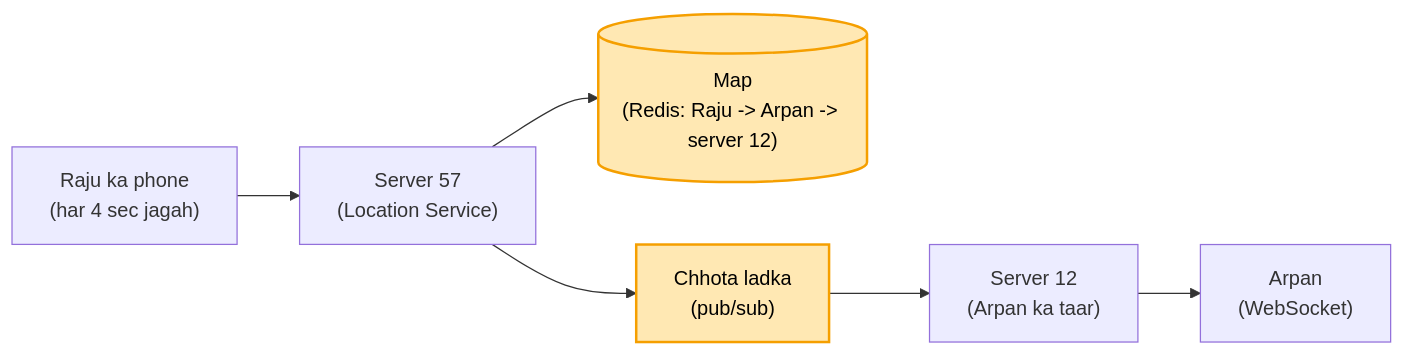
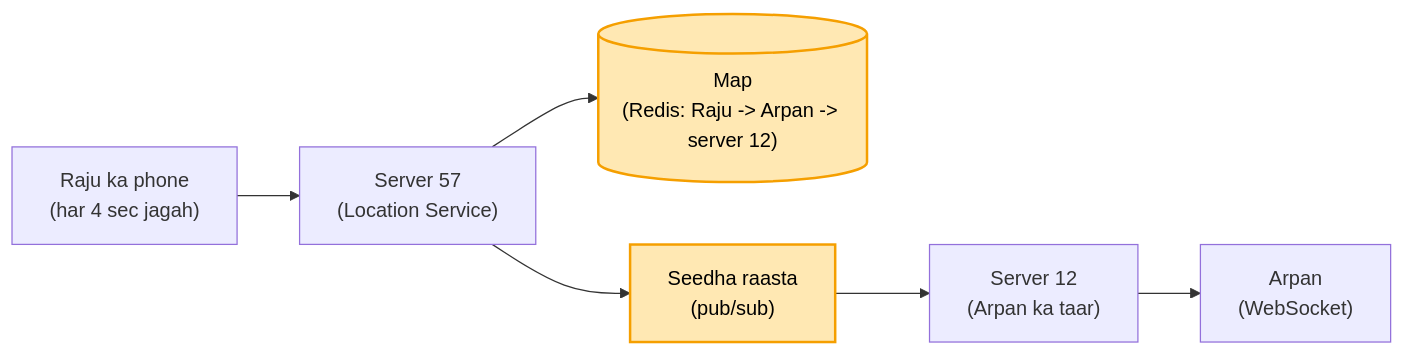
One commit to ArpanMaheshwari144/Prep changed diagram 11 of 14 in 04_HLD/SYSTEM_DESIGNS/15_uber/15_uber.md. Above: the diagram before and after it, drawn with Mermaid. The commit also changed other lines of this file and 17 other files, not shown here.

Commit message:
HLD: 17 main files hand notes se milaye (har block alag section, kahani + asli naam, mermaid), technical naam bhi rakhe

````diff
--- a/04_HLD/SYSTEM_DESIGNS/15_uber/15_uber.md
+++ b/04_HLD/SYSTEM_DESIGNS/15_uber/15_uber.md
@@ -128,10 +202,10 @@
 ```mermaid
 flowchart LR
     R["Raju ka phone<br/>(har 4 sec jagah)"] --> S57["Server 57<br/>(Location Service)"]
     S57 --> M[("Map<br/>(Redis: Raju -> Arpan -> server 12)")]
-    S57 --> L["Chhota ladka<br/>(pub/sub)"]
+    S57 --> L["Seedha raasta<br/>(pub/sub)"]
     L --> S12["Server 12<br/>(Arpan ka taar)"]
     S12 --> A["Arpan<br/>(WebSocket)"]
     style M fill:#ffe8b3,stroke:#f59f00,stroke-width:2px,color:#000
     style L fill:#ffe8b3,stroke:#f59f00,stroke-width:2px,color:#000
 ```
````
